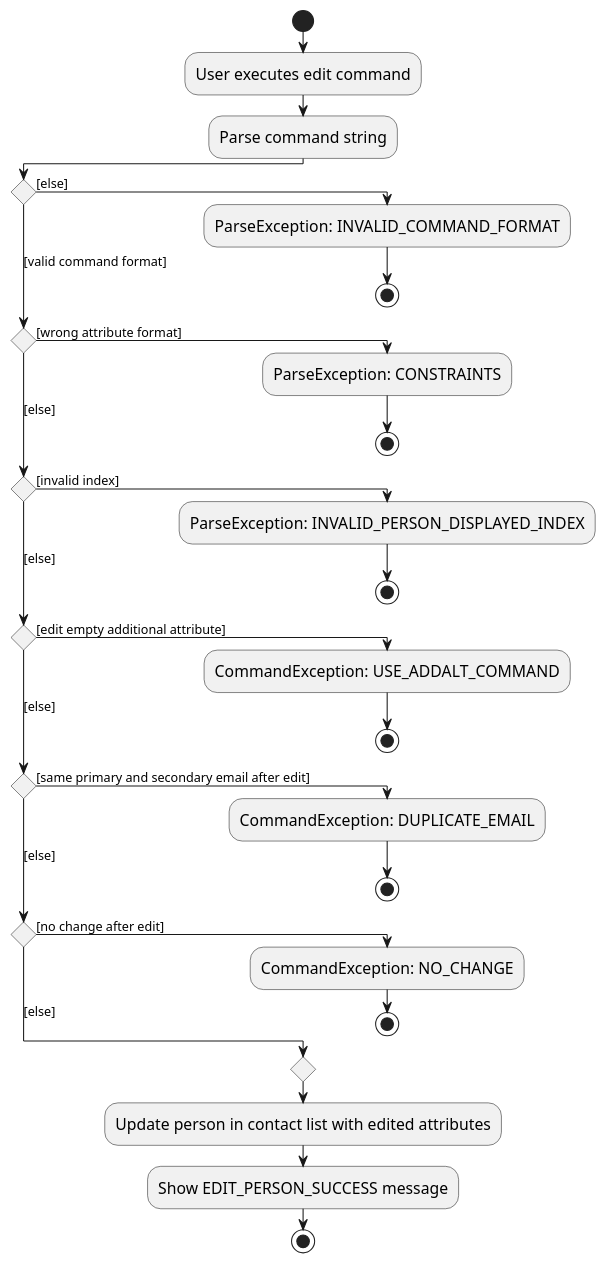
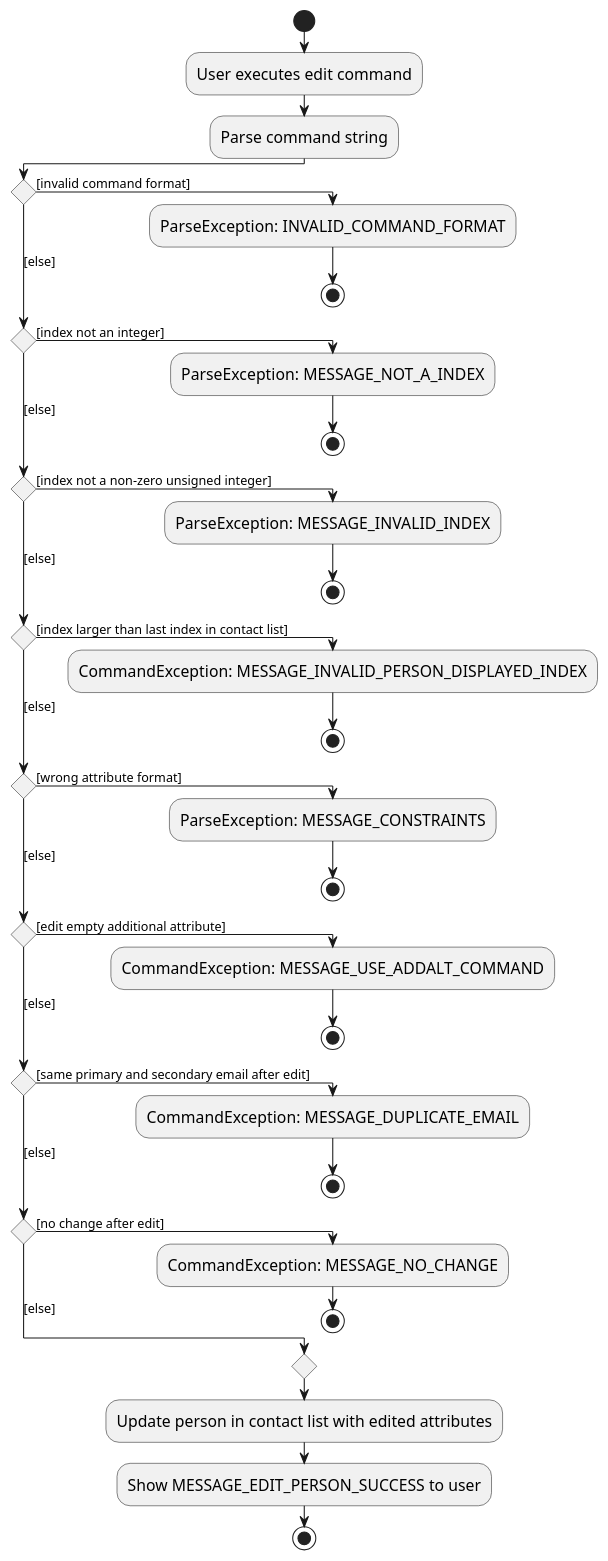
One commit to kokrui/tp changed the diagram in diagrams/EditActivityDiagram.puml. Above: the diagram before and after it, drawn with PlantUML. The commit also changed 51 other files, not shown here.

```diff
--- a/diagrams/EditActivityDiagram.puml
+++ b/diagrams/EditActivityDiagram.puml
@@ -1,33 +1,39 @@
 @startuml
 skinparam ActivityFontSize 15
 skinparam ArrowFontSize 12
 !pragma useVerticalIf on
 start
 :User executes edit command;
 :Parse command string;
 
-if () then ([else])
+if () then ([invalid command format])
     :ParseException: INVALID_COMMAND_FORMAT;
     stop
-([valid command format]) elseif () then ([wrong attribute format])
-    :ParseException: CONSTRAINTS;
+([else]) elseif () then ([index not an integer])
+    :ParseException: MESSAGE_NOT_A_INDEX;
     stop
-([else]) elseif () then ([invalid index])
-    :ParseException: INVALID_PERSON_DISPLAYED_INDEX;
+([else]) elseif () then ([index not a non-zero unsigned integer])
+    :ParseException: MESSAGE_INVALID_INDEX;
+    stop
+([else]) elseif () then ([index larger than last index in contact list])
+    :CommandException: MESSAGE_INVALID_PERSON_DISPLAYED_INDEX;
+    stop
+([else]) elseif () then ([wrong attribute format])
+    :ParseException: MESSAGE_CONSTRAINTS;
     stop
 ([else]) elseif () then ([edit empty additional attribute])
-    :CommandException: USE_ADDALT_COMMAND;
+    :CommandException: MESSAGE_USE_ADDALT_COMMAND;
     stop
 ([else]) elseif () then ([same primary and secondary email after edit])
-    :CommandException: DUPLICATE_EMAIL;
+    :CommandException: MESSAGE_DUPLICATE_EMAIL;
     stop
 ([else]) elseif () then ([no change after edit])
-    :CommandException: NO_CHANGE;
+    :CommandException: MESSAGE_NO_CHANGE;
     stop
 else ([else])
 endif
 :Update person in contact list with edited attributes;
-:Show EDIT_PERSON_SUCCESS message;
+:Show MESSAGE_EDIT_PERSON_SUCCESS to user;
 
 stop
 @enduml
```
